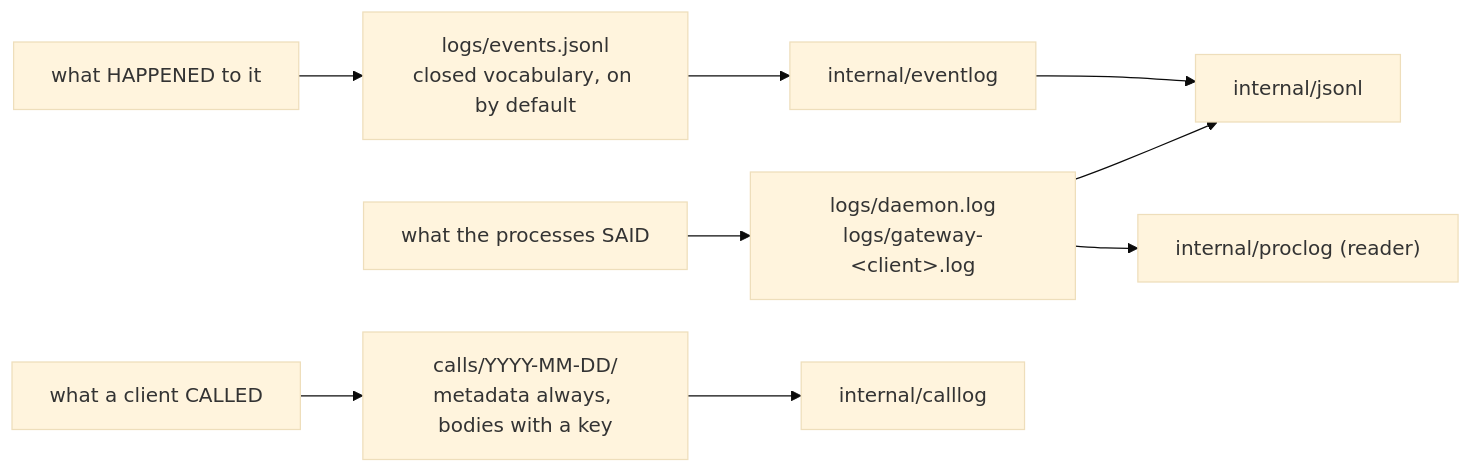
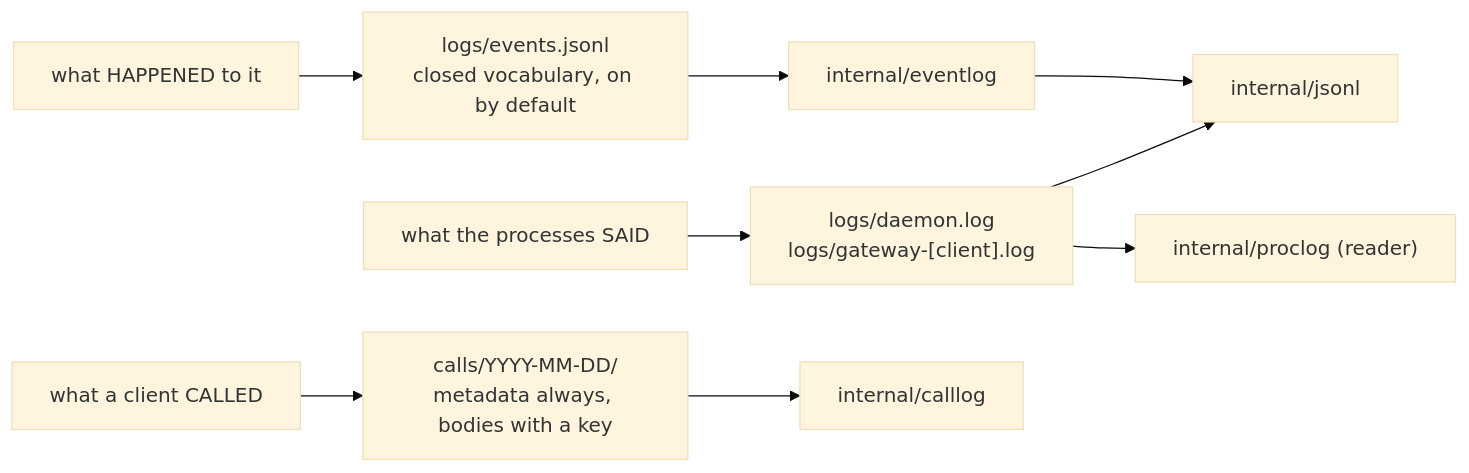
The diagram in docs/subsystems/records.md (dinstein/agent-hub), drawn with Mermaid (base theme) before and after one commit. The commit also changed 6 other files, not shown here.

````diff
--- a/docs/subsystems/records.md
+++ b/docs/subsystems/records.md
@@ -10,11 +10,11 @@
 ```mermaid
 flowchart LR
     Q1["what HAPPENED to it"] --> E["logs/events.jsonl<br/>closed vocabulary, on by default"]
-    Q2["what the processes SAID"] --> L["logs/daemon.log<br/>logs/gateway-&lt;client&gt;.log"]
+    Q2["what the processes SAID"] --> L["logs/daemon.log<br/>logs/gateway-[client].log"]
     Q3["what a client CALLED"] --> C["calls/YYYY-MM-DD/<br/>metadata always, bodies with a key"]
     E --> J["internal/eventlog"]
     L --> P["internal/proclog (reader)"]
     C --> K["internal/calllog"]
     J --> W["internal/jsonl"]
     L --> W
 ```
````
